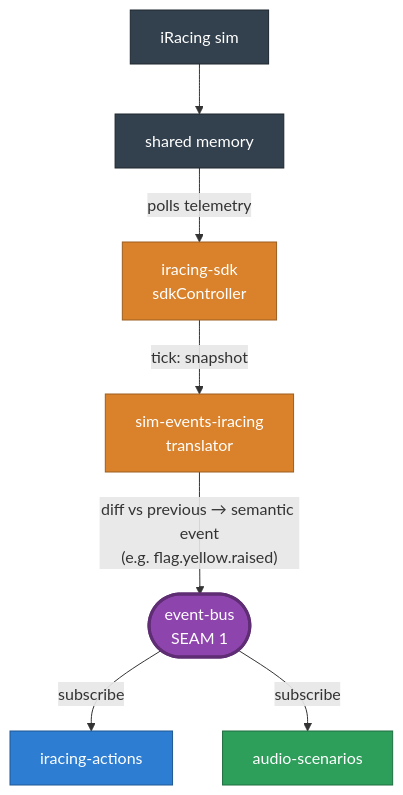
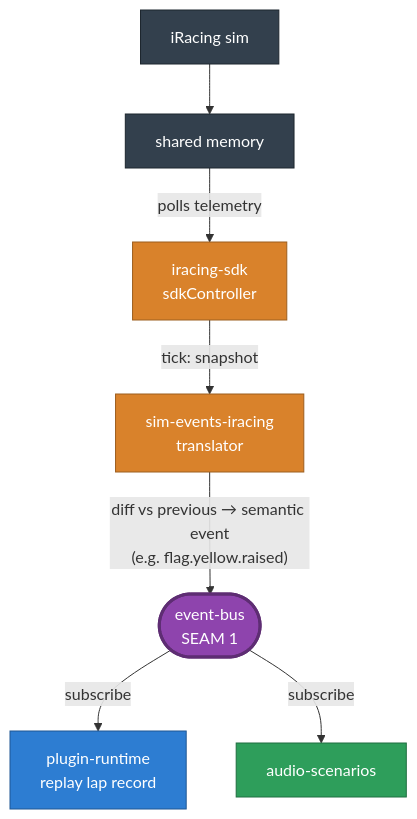
The second of 8 diagrams in packages/website/src/content/docs/docs/development/architecture.md (niklam/iracedeck), drawn with Mermaid before and after one commit. The commit also changed other lines of this file and 133 other files, not shown here.

````diff
--- a/packages/website/src/content/docs/docs/development/architecture.md
+++ b/packages/website/src/content/docs/docs/development/architecture.md
@@ -65,23 +73,23 @@
 ```mermaid
 flowchart TB
   ir["iRacing sim"]:::ext
   mem["shared memory"]:::ext
   sdk["iracing-sdk<br/>sdkController"]:::sim
   trans["sim-events-iracing<br/>translator"]:::sim
   bus(["event-bus<br/>SEAM 1"]):::seam
-  a["iracing-actions"]:::core
+  p["plugin-runtime<br/>replay lap record"]:::core
   re["audio-scenarios"]:::audio
 
   ir --> mem
   mem -->|"polls telemetry"| sdk
   sdk -->|"tick: snapshot"| trans
   trans -->|"diff vs previous → semantic event<br/>(e.g. flag.yellow.raised)"| bus
-  bus -->|"subscribe"| a
+  bus -->|"subscribe"| p
   bus -->|"subscribe"| re
 
   classDef ext fill:#33404d,color:#fff,stroke:#1d262e;
   classDef sim fill:#d9822b,color:#fff,stroke:#9c5e1f;
   classDef seam fill:#8e44ad,color:#fff,stroke:#5e2d73,stroke-width:3px;
   classDef core fill:#2d7dd2,color:#fff,stroke:#1f5793;
   classDef audio fill:#2e9e5b,color:#fff,stroke:#1f6e40;
 ```
````
